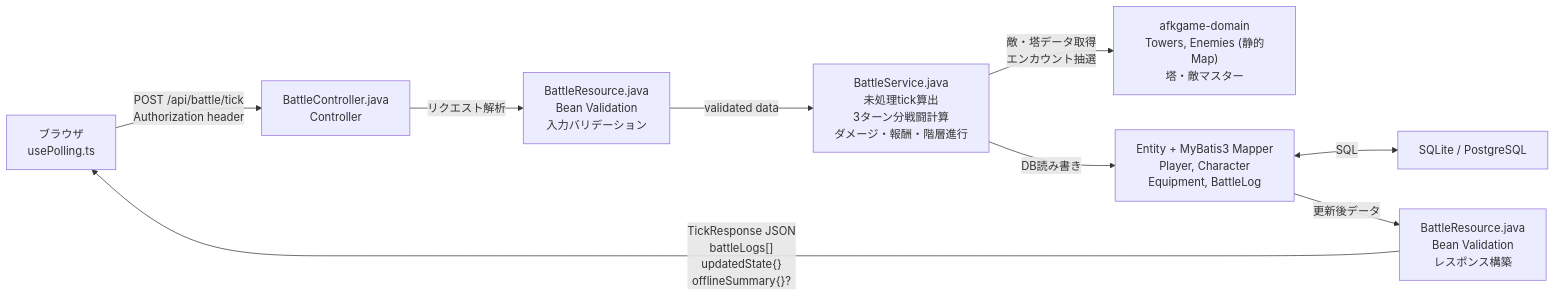
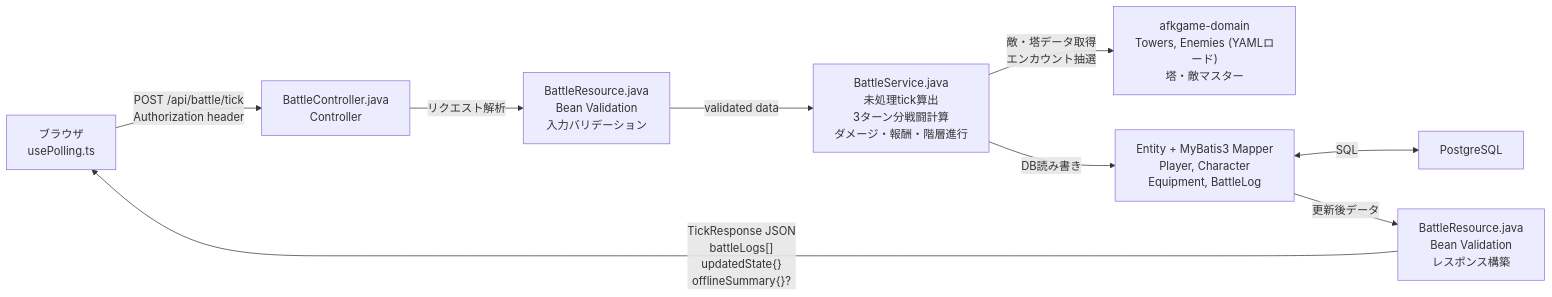
The diagram in docs/diagrams/system_architecture/tick_flow.md (dateeee/2026_AFKGAME), drawn with Mermaid before and after one commit. The commit also changed 18 other files, not shown here.

````diff
--- a/docs/diagrams/system_architecture/tick_flow.md
+++ b/docs/diagrams/system_architecture/tick_flow.md
@@ -7,19 +7,19 @@
 ```mermaid
 %%{init: {'theme': 'default', 'themeVariables': {'fontSize': '16px'}} }%%
 flowchart LR
     Browser["ブラウザ\nusePolling.ts"] -->|"POST /api/battle/tick\nAuthorization header"| Router["BattleController.java\nController"]
 
     Router -->|"リクエスト解析"| Schema1["BattleResource.java\nBean Validation\n入力バリデーション"]
 
     Schema1 -->|"validated data"| Service["BattleService.java\n未処理tick算出\n3ターン分戦闘計算\nダメージ・報酬・階層進行"]
 
-    Service -->|"敵・塔データ取得\nエンカウント抽選"| MasterData["afkgame-domain\nTowers, Enemies (静的Map)\n塔・敵マスター"]
+    Service -->|"敵・塔データ取得\nエンカウント抽選"| MasterData["afkgame-domain\nTowers, Enemies (YAMLロード)\n塔・敵マスター"]
 
     Service -->|"DB読み書き"| Model["Entity + MyBatis3 Mapper\nPlayer, Character\nEquipment, BattleLog"]
 
-    Model <-->|"SQL"| Database["SQLite / PostgreSQL"]
+    Model <-->|"SQL"| Database["PostgreSQL"]
 
     Model -->|"更新後データ"| Schema2["BattleResource.java\nBean Validation\nレスポンス構築"]
 
     Schema2 -->|"TickResponse JSON\nbattleLogs[]\nupdatedState{}\nofflineSummary{}?"| Browser
 ```
````
